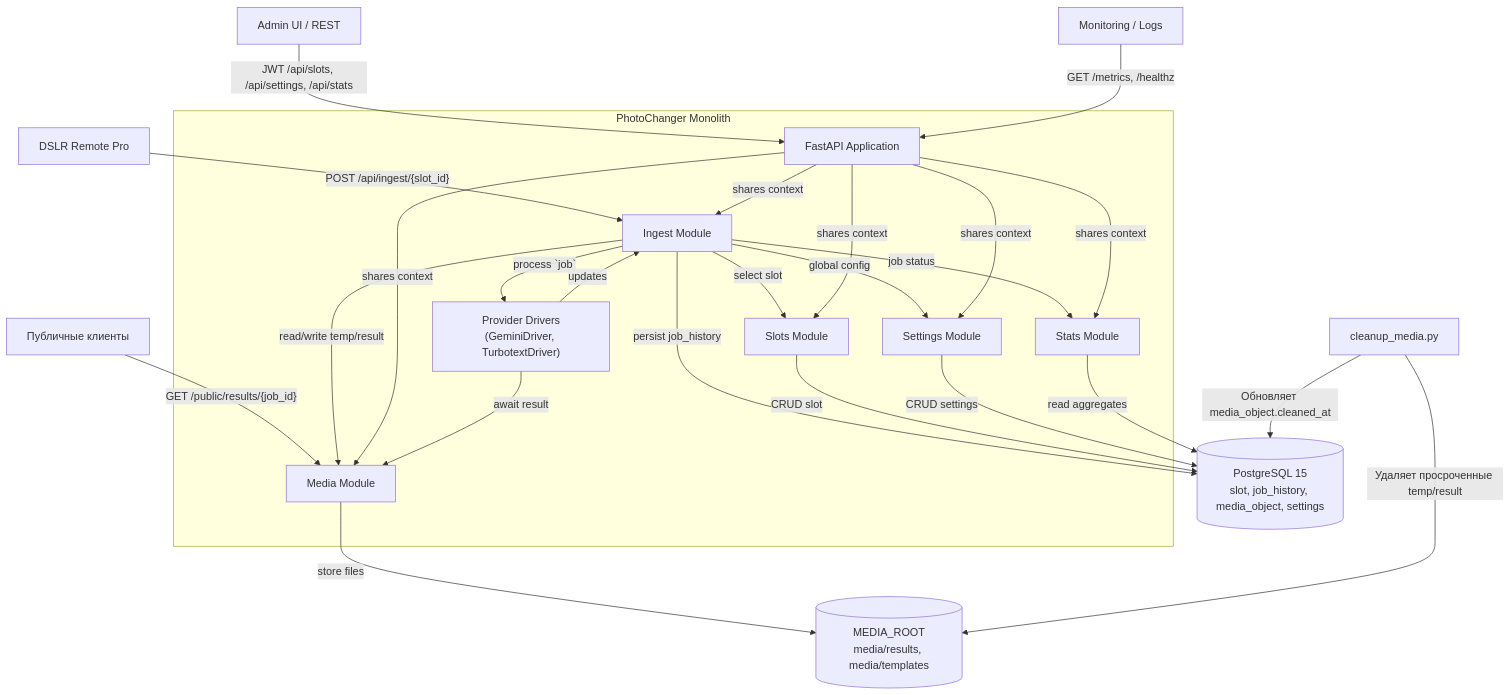
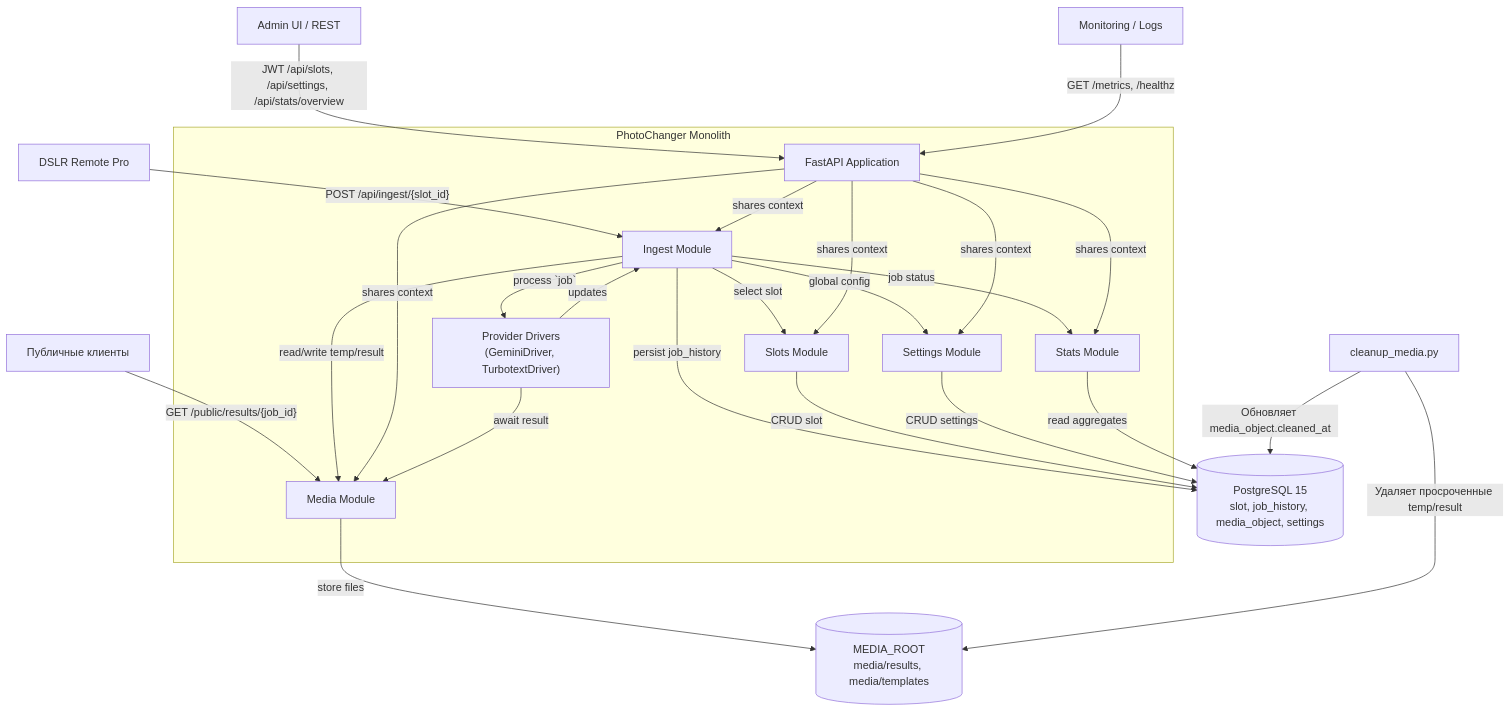
The diagram in spec/diagrams/c4-container.mmd (nicelight/PhotoChanger_25), drawn with Mermaid before and after one commit. The commit also changed 11 other files, not shown here.

First line of the commit message:
Add admin API specs and stats overview endpoint

```diff
--- a/spec/diagrams/c4-container.mmd
+++ b/spec/diagrams/c4-container.mmd
@@ -1,43 +1,43 @@
 graph TD
     subgraph "PhotoChanger Monolith"
         API["FastAPI Application"]
         Ingest["Ingest Module"]
         MediaSvc["Media Module"]
         Slots["Slots Module"]
         Settings["Settings Module"]
         Stats["Stats Module"]
         Providers["Provider Drivers\n(GeminiDriver, TurbotextDriver)"]
     end
 
     DB[("PostgreSQL 15\nslot, job_history, media_object, settings")] 
     FS[("MEDIA_ROOT\nmedia/results, media/templates")]
     Cron["cleanup_media.py"]
 
     DSLR["DSLR Remote Pro"] -->|"POST /api/ingest/{slot_id}"| Ingest
-    Admin["Admin UI / REST"] -->|"JWT /api/slots, /api/settings, /api/stats"| API
+    Admin["Admin UI / REST"] -->|"JWT /api/slots, /api/settings, /api/stats/overview"| API
     Public["Публичные клиенты"] -->|"GET /public/results/{job_id}"| MediaSvc
     Ops["Monitoring / Logs"] -->|"GET /metrics, /healthz"| API
 
     Ingest -->|read/write temp/result| MediaSvc
     Ingest -->|job status| Stats
     Ingest -->|select slot| Slots
     Ingest -->|global config| Settings
     Ingest -->|process `job`| Providers
 
     API -->|shares context| Ingest
     API -->|shares context| MediaSvc
     API -->|shares context| Slots
     API -->|shares context| Settings
     API -->|shares context| Stats
 
     MediaSvc -->|store files| FS
     Providers -->|await result| MediaSvc
     Providers -->|updates| Ingest
 
     Ingest -->|persist job_history| DB
     Slots -->|CRUD slot| DB
     Settings -->|CRUD settings| DB
     Stats -->|read aggregates| DB
 
     Cron -->|"Удаляет просроченные temp/result"| FS
     Cron -->|"Обновляет media_object.cleaned_at"| DB
```
